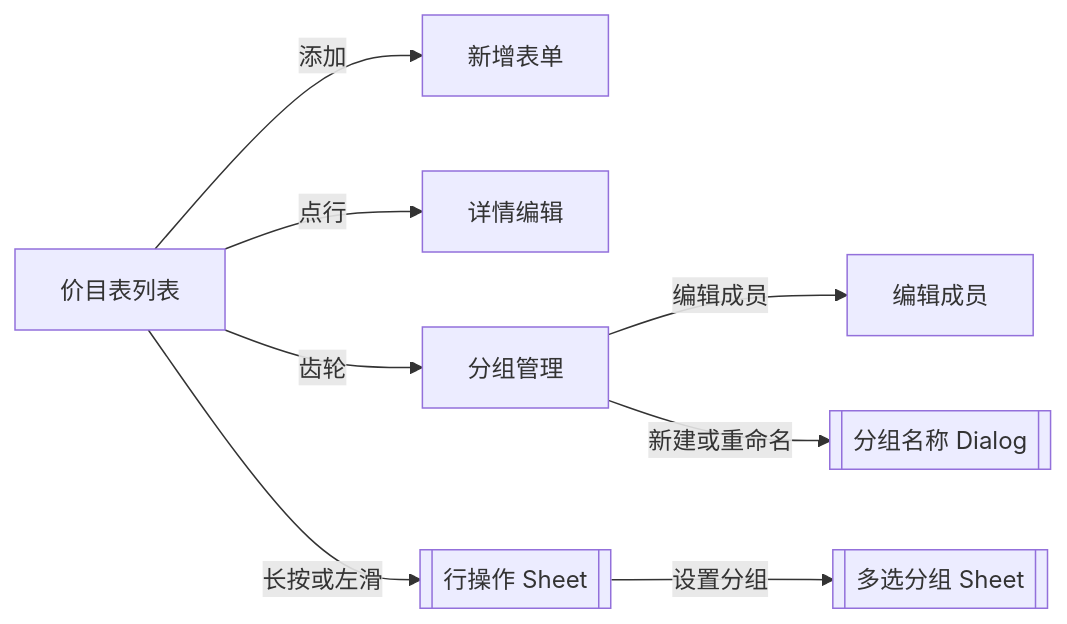
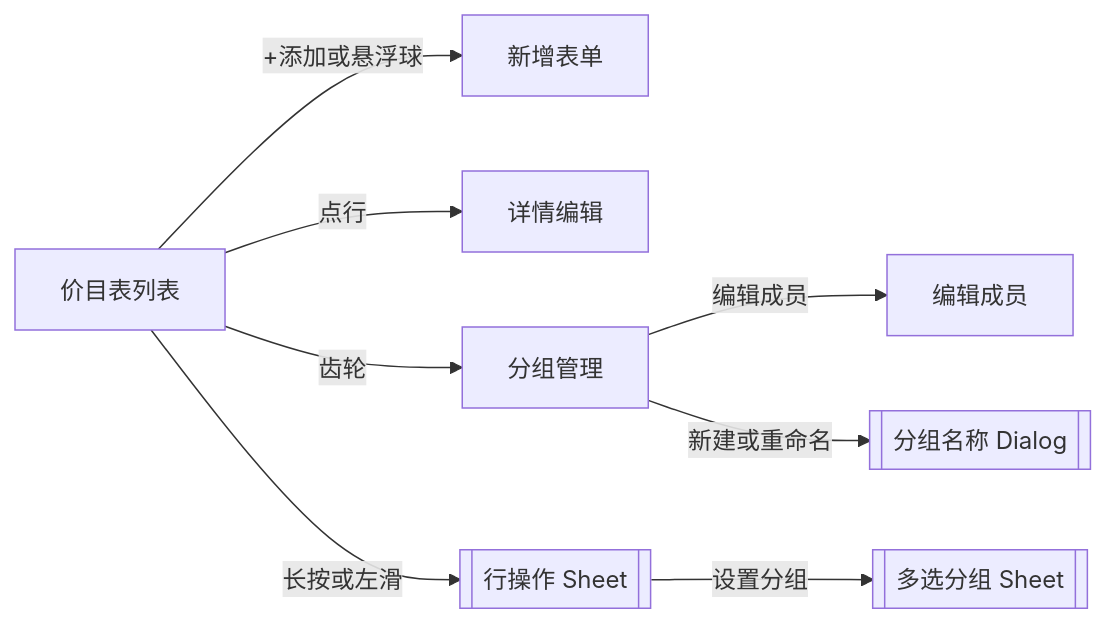
The first of 2 diagrams in PRD-项目创建与管理-精简版.md (XDean-Designer/card), drawn with Mermaid before and after one commit. The commit also changed other lines of this file and 7 other files, not shown here.

````diff
--- a/PRD-项目创建与管理-精简版.md
+++ b/PRD-项目创建与管理-精简版.md
@@ -157,10 +158,10 @@
 ```mermaid
 flowchart LR
-  L[价目表列表] -->|添加| Add[新增表单]
+  L[价目表列表] -->|+添加或悬浮球| Add[新增表单]
   L -->|点行| Edit[详情编辑]
   L -->|齿轮| G[分组管理]
   G -->|编辑成员| M[编辑成员]
   G -->|新建或重命名| D[[分组名称 Dialog]]
   L -->|长按或左滑| A[[行操作 Sheet]]
   A -->|设置分组| IG[[多选分组 Sheet]]
 ```
````
